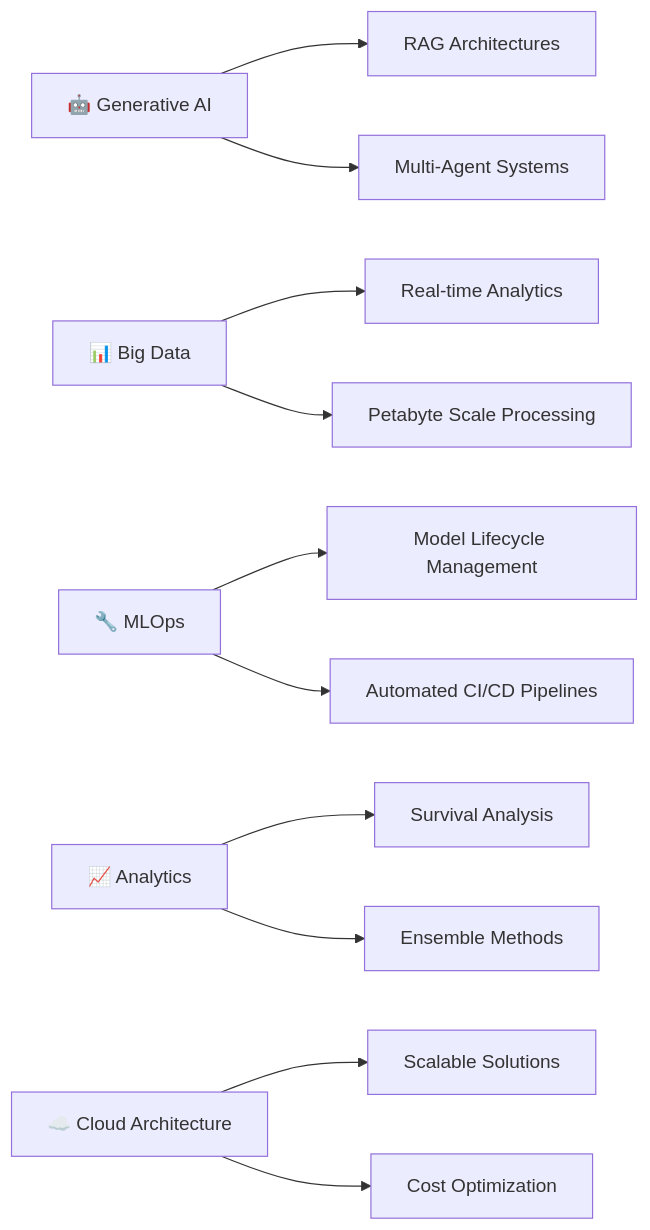
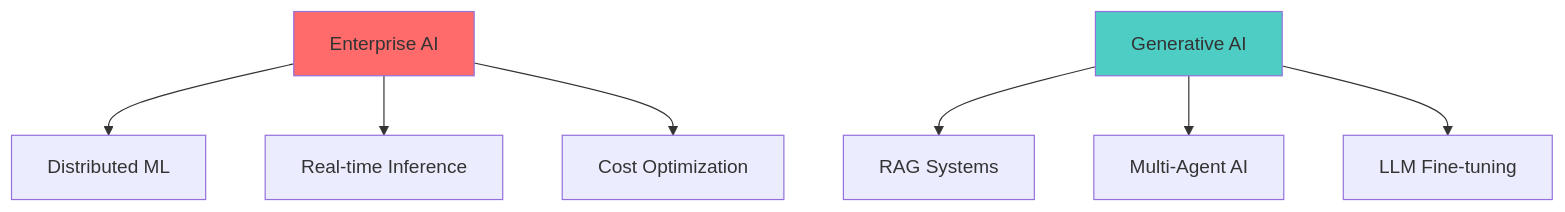
The first of 4 diagrams in README.md (JayDS22/JayDS22), drawn with Mermaid before and after one commit. The commit also changed other lines of this file, not shown here.

````diff
--- a/README.md
+++ b/README.md
@@ -116,17 +160,13 @@
 ```mermaid
-graph LR
-    A[🤖 Generative AI] --> B[RAG Architectures]
-    A --> C[Multi-Agent Systems]
+graph TB
+    A[Enterprise AI] --> B[Distributed ML]
+    A --> C[Real-time Inference]
+    A --> D[Cost Optimization]
     
-    D[📊 Big Data] --> E[Real-time Analytics]
-    D --> F[Petabyte Scale Processing]
+    E[Generative AI] --> F[RAG Systems]
+    E --> G[Multi-Agent AI]
+    E --> H[LLM Fine-tuning]
     
-    G[🔧 MLOps] --> H[Model Lifecycle Management]
-    G --> I[Automated CI/CD Pipelines]
-    
-    J[📈 Analytics] --> K[Survival Analysis]
-    J --> L[Ensemble Methods]
-    
-    M[☁️ Cloud Architecture] --> N[Scalable Solutions]
-    M --> O[Cost Optimization]
+    style A fill:#FF6B6B
+    style E fill:#4ECDC4
 ```
````
